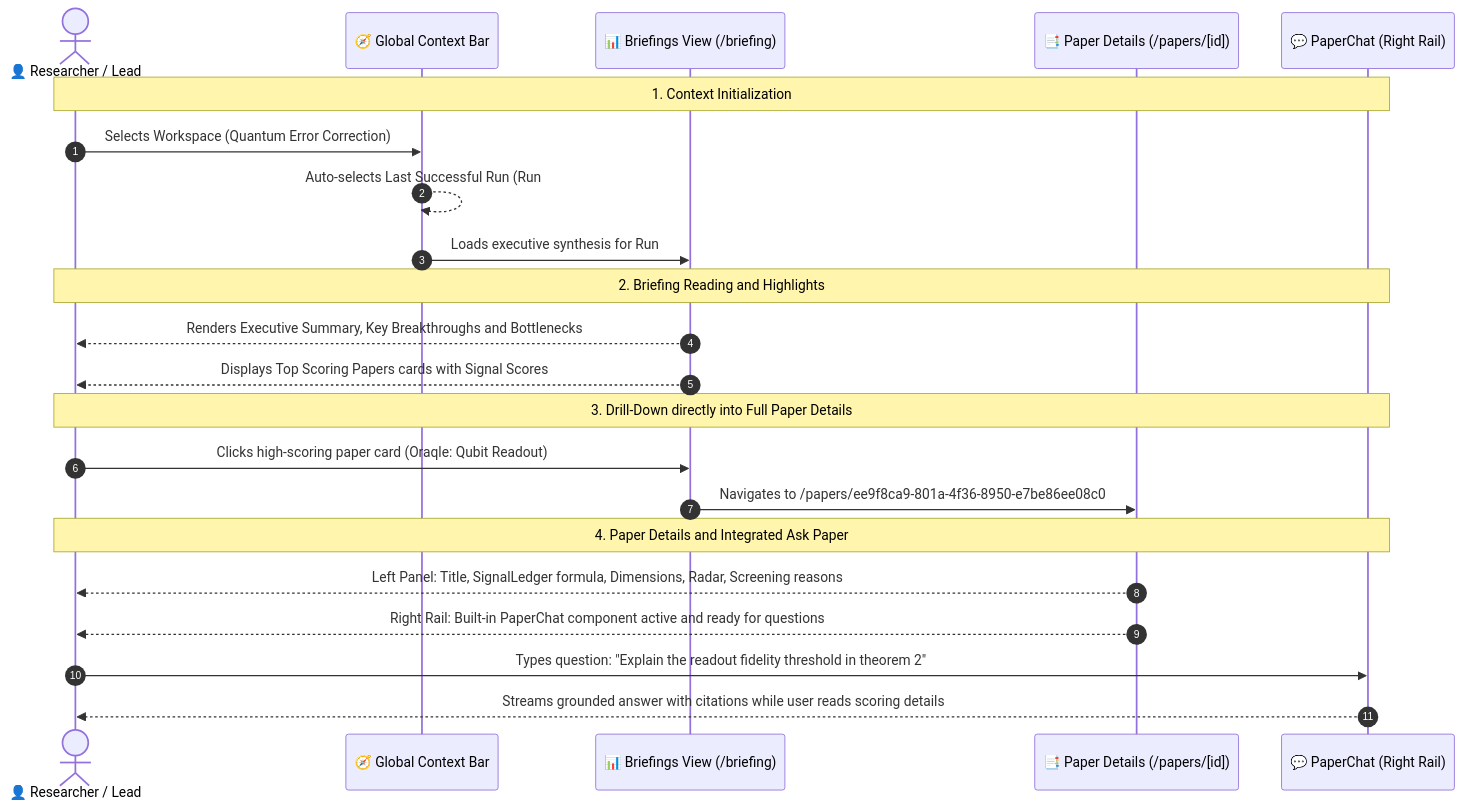
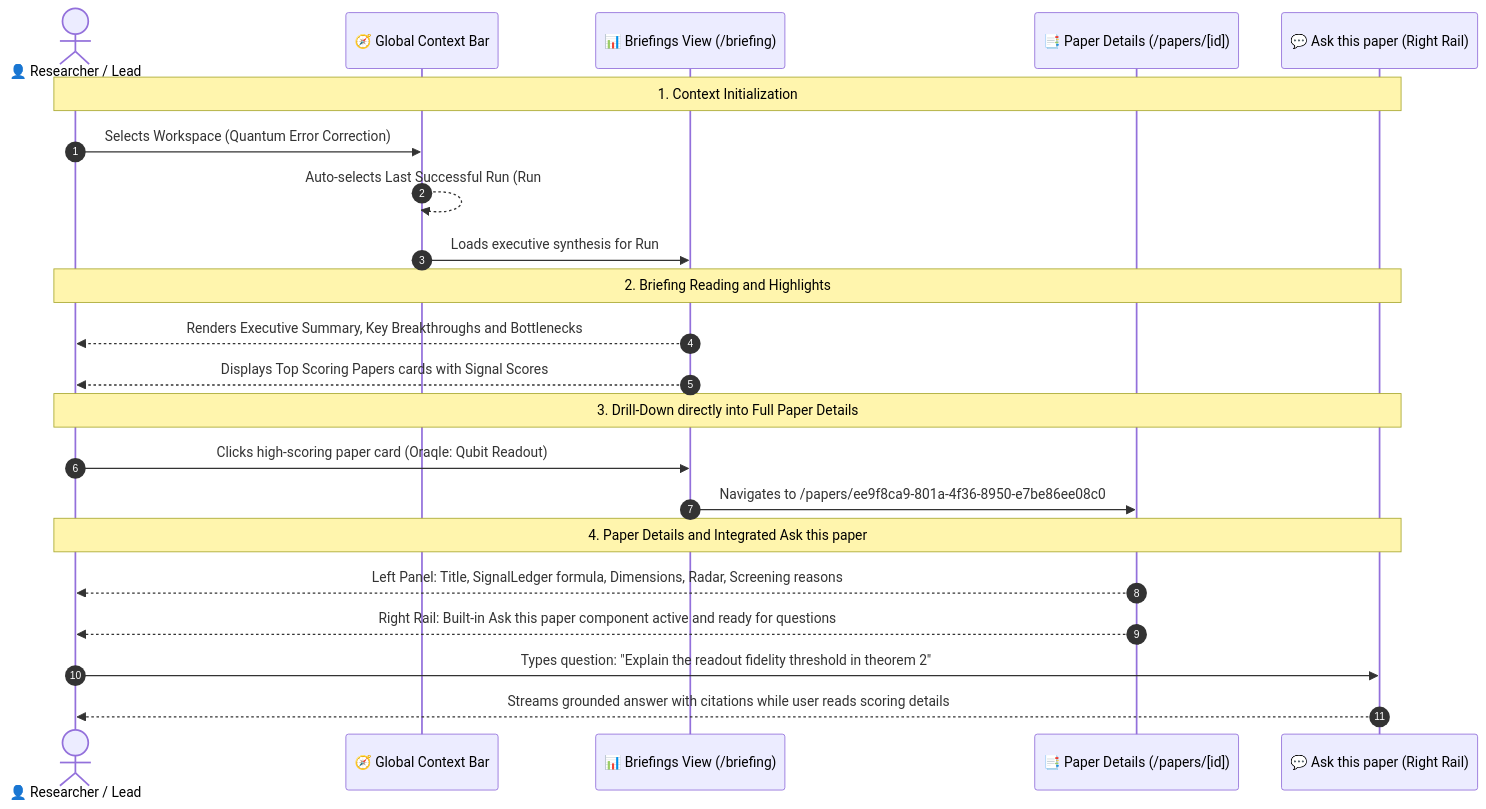
Before and after one commit to p4ku/research-intelligence: the first of 6 diagrams in docs/user_journeys/stage_2_user_journeys.md, drawn with Mermaid. The commit also changed other lines of this file, not shown here.

Commit message:
docs: rename PaperChat participant in Diagram 3.2 consistently to 'Ask this paper'

````diff
--- a/docs/user_journeys/stage_2_user_journeys.md
+++ b/docs/user_journeys/stage_2_user_journeys.md
@@ -74,28 +74,28 @@
 ```mermaid
 sequenceDiagram
     autonumber
     actor User as 👤 Researcher / Lead
     participant TopBar as 🧭 Global Context Bar
     participant BriefingUI as 📊 Briefings View (/briefing)
     participant DetailsPage as 📑 Paper Details (/papers/[id])
-    participant PaperChat as 💬 PaperChat (Right Rail)
+    participant PaperChat as 💬 Ask this paper (Right Rail)
 
     Note over User,PaperChat: 1. Context Initialization
     User->>TopBar: Selects Workspace (Quantum Error Correction)
     TopBar-->>TopBar: Auto-selects Last Successful Run (Run #14)
     TopBar->>BriefingUI: Loads executive synthesis for Run #14
 
     Note over User,PaperChat: 2. Briefing Reading and Highlights
     BriefingUI-->>User: Renders Executive Summary, Key Breakthroughs and Bottlenecks
     BriefingUI-->>User: Displays Top Scoring Papers cards with Signal Scores
 
     Note over User,PaperChat: 3. Drill-Down directly into Full Paper Details
     User->>BriefingUI: Clicks high-scoring paper card (Oraqle: Qubit Readout)
     BriefingUI->>DetailsPage: Navigates to /papers/ee9f8ca9-801a-4f36-8950-e7be86ee08c0
 
-    Note over User,PaperChat: 4. Paper Details and Integrated Ask Paper
+    Note over User,PaperChat: 4. Paper Details and Integrated Ask this paper
     DetailsPage-->>User: Left Panel: Title, SignalLedger formula, Dimensions, Radar, Screening reasons
-    DetailsPage-->>User: Right Rail: Built-in PaperChat component active and ready for questions
+    DetailsPage-->>User: Right Rail: Built-in Ask this paper component active and ready for questions
     User->>PaperChat: Types question: "Explain the readout fidelity threshold in theorem 2"
     PaperChat-->>User: Streams grounded answer with citations while user reads scoring details
 ```
````
